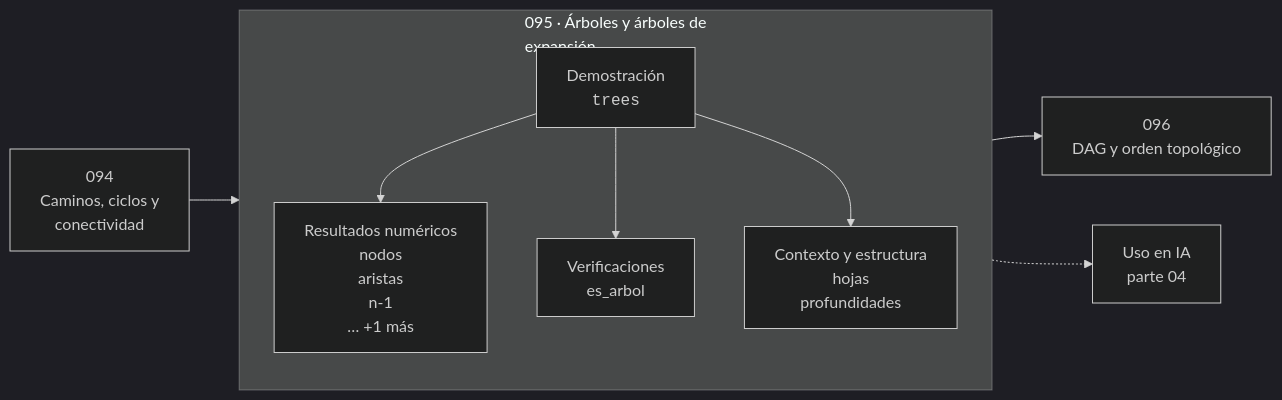
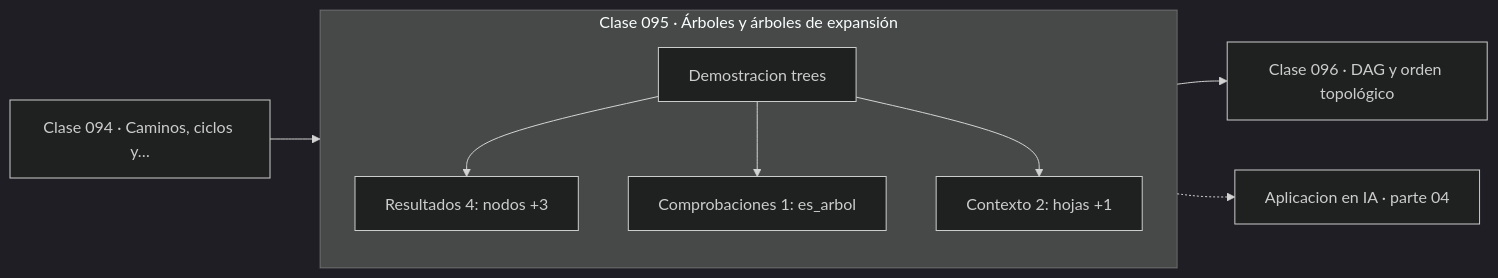
One commit to vladimiracunadev-create/computational-mathematics-program changed the diagram in classes/part-04-matematica-discreta-para-computacion/095-arboles-y-arboles-de-expansion/README.md. Above: the diagram before and after it, drawn with Mermaid (dark theme). The commit also changed other lines of this file and 389 other files, not shown here.

First line of the commit message:
fix(diagramas): elimina el HTML de las etiquetas Mermaid

````diff
--- a/classes/part-04-matematica-discreta-para-computacion/095-arboles-y-arboles-de-expansion/README.md
+++ b/classes/part-04-matematica-discreta-para-computacion/095-arboles-y-arboles-de-expansion/README.md
@@ -30,12 +35,13 @@
 ```mermaid
 flowchart LR
-    P["094<br/>Caminos, ciclos y<br/>conectividad"] --> C
-    subgraph C["095 · Árboles y árboles de<br/>expansión"]
+    P["Clase 094 · Caminos, ciclos y…"] --> D
+    subgraph CLASE["Clase 095 · Árboles y árboles de expansión"]
         direction TB
-        D["Demostración<br/><code>trees</code>"] --> R["Resultados numéricos<br/>nodos<br/>aristas<br/>n-1<br/>… +1 más"]
-        D --> V["Verificaciones<br/>es_arbol"]
-        D --> O["Contexto y estructura<br/>hojas<br/>profundidades"]
+        D["Demostracion trees"]
+        D --> R["Resultados 4: nodos +3"]
+        D --> V["Comprobaciones 1: es_arbol"]
+        D --> O["Contexto 2: hojas +1"]
     end
-    C --> N["096<br/>DAG y orden topológico"]
-    C -.-> IA["Uso en IA<br/>parte 04"]
+    R --> N["Clase 096 · DAG y orden topológico"]
+    V -.-> IA["Aplicacion en IA · parte 04"]
 ```
````
